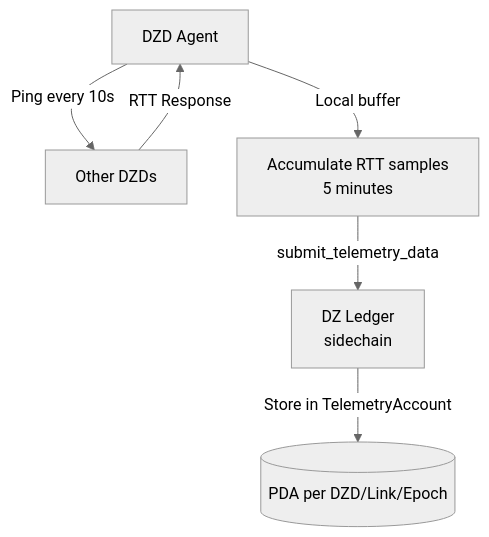
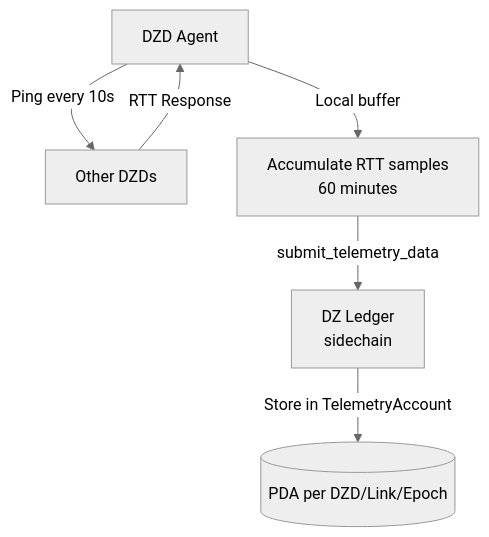
Before and after one commit to malbeclabs/doublezero: the second of 3 diagrams in rfcs/rfc2-Telemetry Program.md, drawn with Mermaid (neutral theme).

Commit message:
fix: update telemetry data accumulation duration from 5 minutes to 60 minutes

````diff
--- a/rfcs/rfc2-Telemetry Program.md
+++ b/rfcs/rfc2-Telemetry Program.md
@@ -56,10 +56,10 @@
 ```mermaid
 graph TB
     A[DZD Agent] -->|Ping every 10s| B[Other DZDs]
     B -->|RTT Response| A
     A -->|Local buffer| C[Accumulate RTT samples 
-    5 minutes]
+    60 minutes]
     C -->|submit_telemetry_data| D[DZ Ledger
     sidechain]
     D -->|Store in TelemetryAccount| E[(PDA per DZD/Link/Epoch)]
 ```
````
